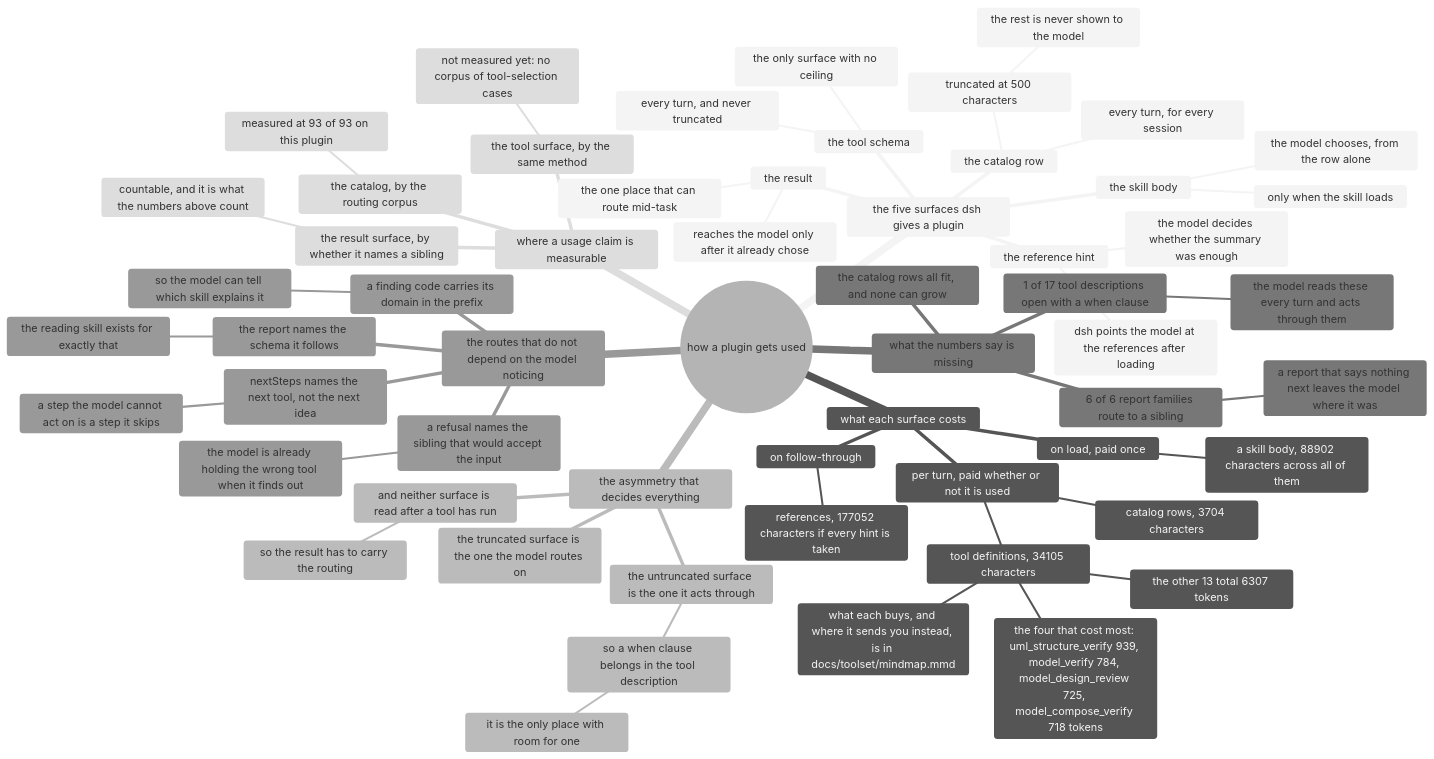
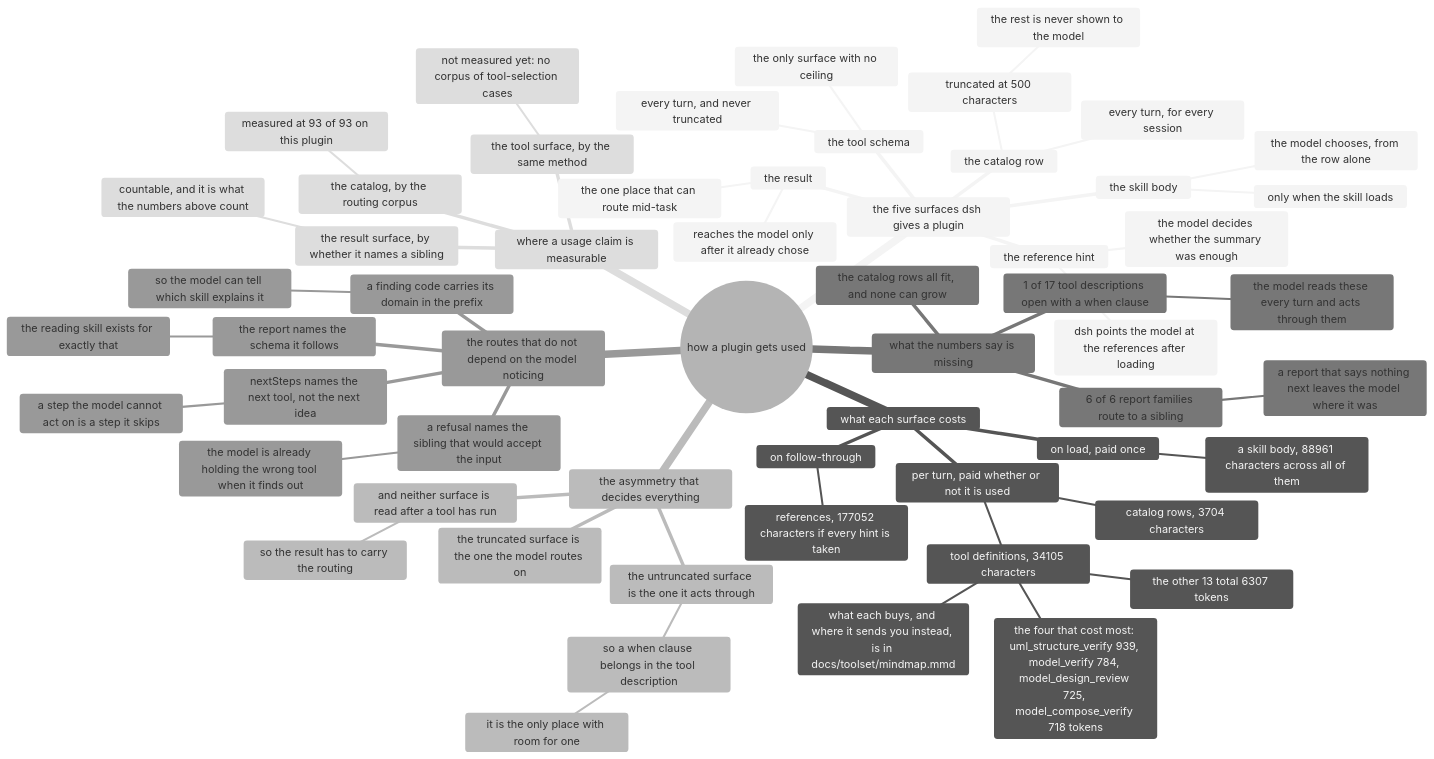
One commit to AmethystLuna/dsh-model-everything changed the diagram in docs/usage/mindmap.mmd. Above: the diagram before and after it, drawn with Mermaid (neutral theme). The commit also changed 17 other files, not shown here.

```diff
--- a/docs/usage/mindmap.mmd
+++ b/docs/usage/mindmap.mmd
@@ -1,59 +1,59 @@
 mindmap
 root((how a plugin gets used))
   the five surfaces dsh gives a plugin
     the catalog row
       every turn, for every session
       truncated at 500 characters
         the rest is never shown to the model
     the skill body
       only when the skill loads
       the model chooses, from the row alone
     the reference hint
       dsh points the model at the references after loading
       the model decides whether the summary was enough
     the tool schema
       every turn, and never truncated
       the only surface with no ceiling
     the result
       reaches the model only after it already chose
       the one place that can route mid-task
   what each surface costs
     per turn, paid whether or not it is used
       catalog rows, 3704 characters
       tool definitions, 34105 characters
         the four that cost most: uml_structure_verify 939, model_verify 784, model_design_review 725, model_compose_verify 718 tokens
         the other 13 total 6307 tokens
         what each buys, and where it sends you instead, is in docs/toolset/mindmap.mmd
     on load, paid once
-      a skill body, 88902 characters across all of them
+      a skill body, 88961 characters across all of them
     on follow-through
       references, 177052 characters if every hint is taken
   the asymmetry that decides everything
     the truncated surface is the one the model routes on
     the untruncated surface is the one it acts through
       so a when clause belongs in the tool description
         it is the only place with room for one
     and neither surface is read after a tool has run
       so the result has to carry the routing
   what the numbers say is missing
     1 of 17 tool descriptions open with a when clause
       the model reads these every turn and acts through them
     6 of 6 report families route to a sibling
       a report that says nothing next leaves the model where it was
     the catalog rows all fit, and none can grow
   the routes that do not depend on the model noticing
     a refusal names the sibling that would accept the input
       the model is already holding the wrong tool when it finds out
     nextSteps names the next tool, not the next idea
       a step the model cannot act on is a step it skips
     a finding code carries its domain in the prefix
       so the model can tell which skill explains it
     the report names the schema it follows
       the reading skill exists for exactly that
   where a usage claim is measurable
     the catalog, by the routing corpus
       measured at 93 of 93 on this plugin
     the tool surface, by the same method
       not measured yet: no corpus of tool-selection cases
     the result surface, by whether it names a sibling
       countable, and it is what the numbers above count
```
